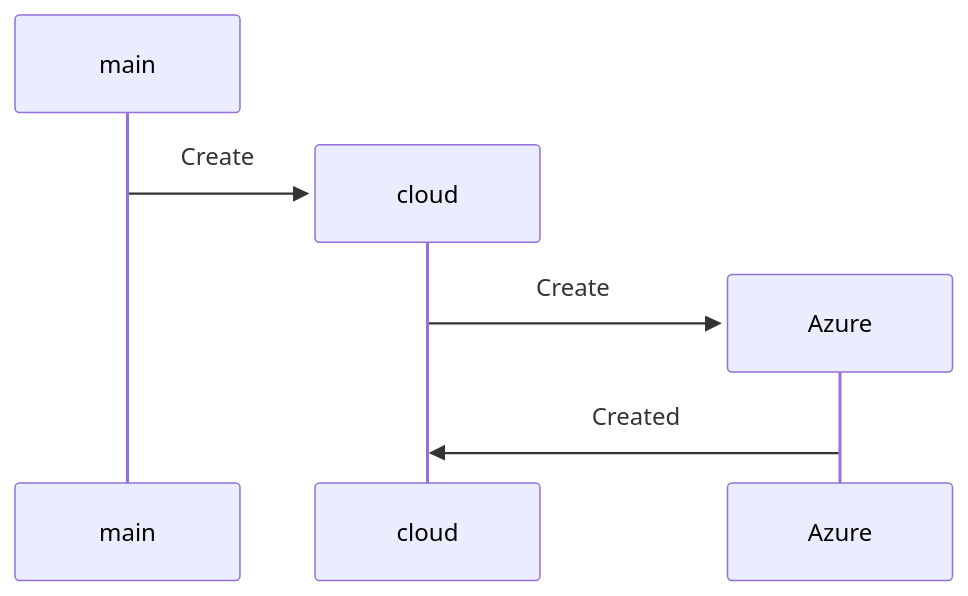
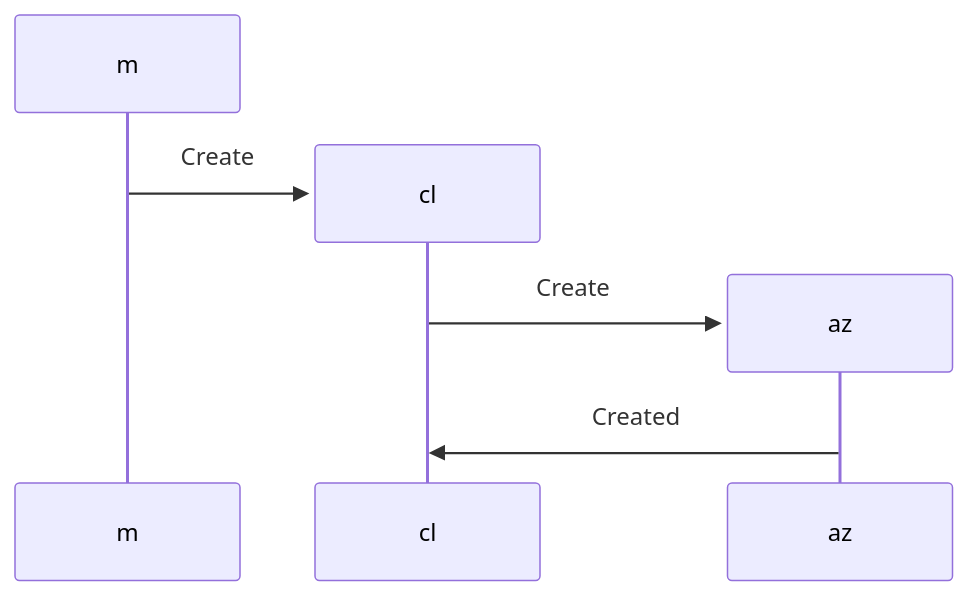
One commit to papadeltasierra/cloudsmets changed the diagram in docs/testmermaid.md. Above: the diagram before and after it, drawn with Mermaid.

````diff
--- a/docs/testmermaid.md
+++ b/docs/testmermaid.md
@@ -2,13 +2,13 @@
 ```mermaid
 
 sequenceDiagram;
 
-    participant m as main;
+    participant m;
 
-    create participant cl as cloud;
+    create participant cl;
     m->>cl: Create
 
-    create participant az as Azure;
+    create participant az;
     cl->>az: Create
     az->>cl: Created
 ```
````
